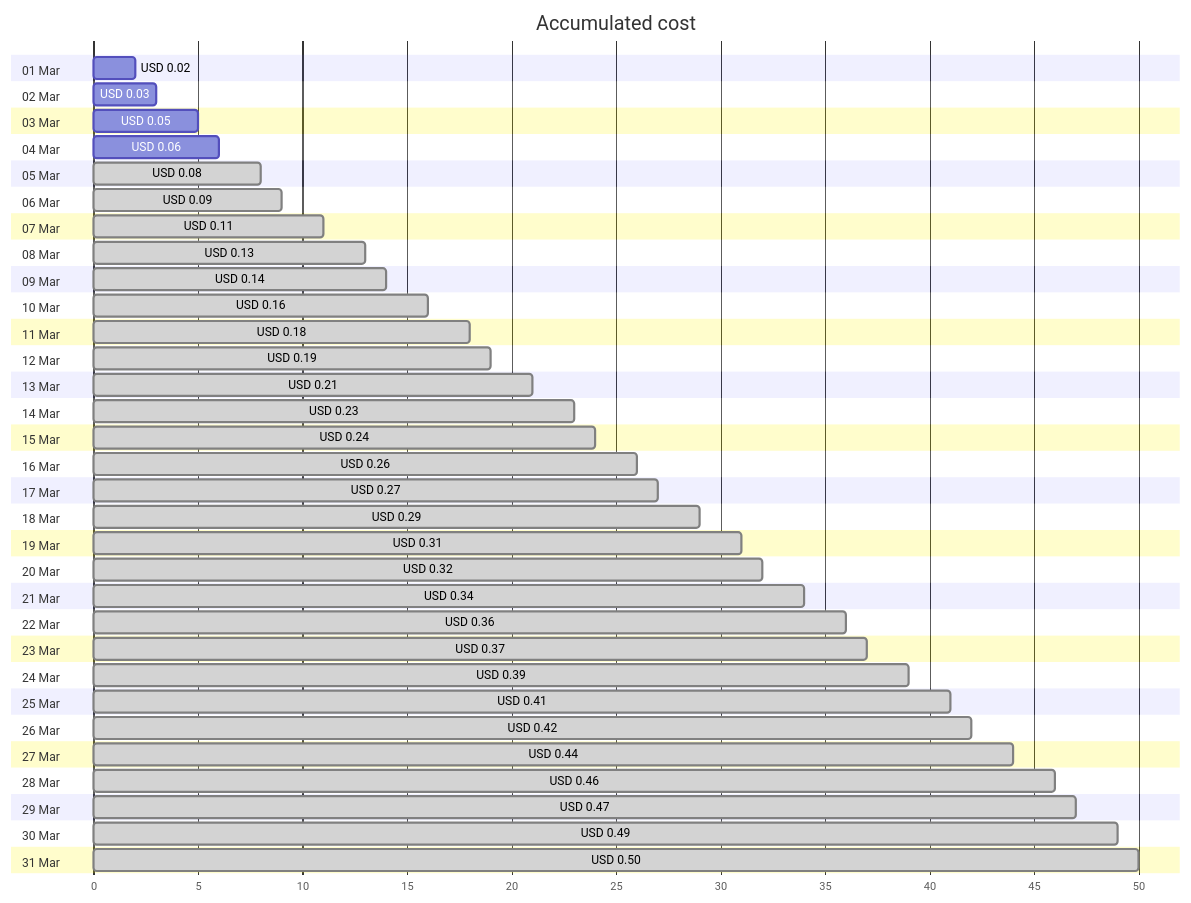
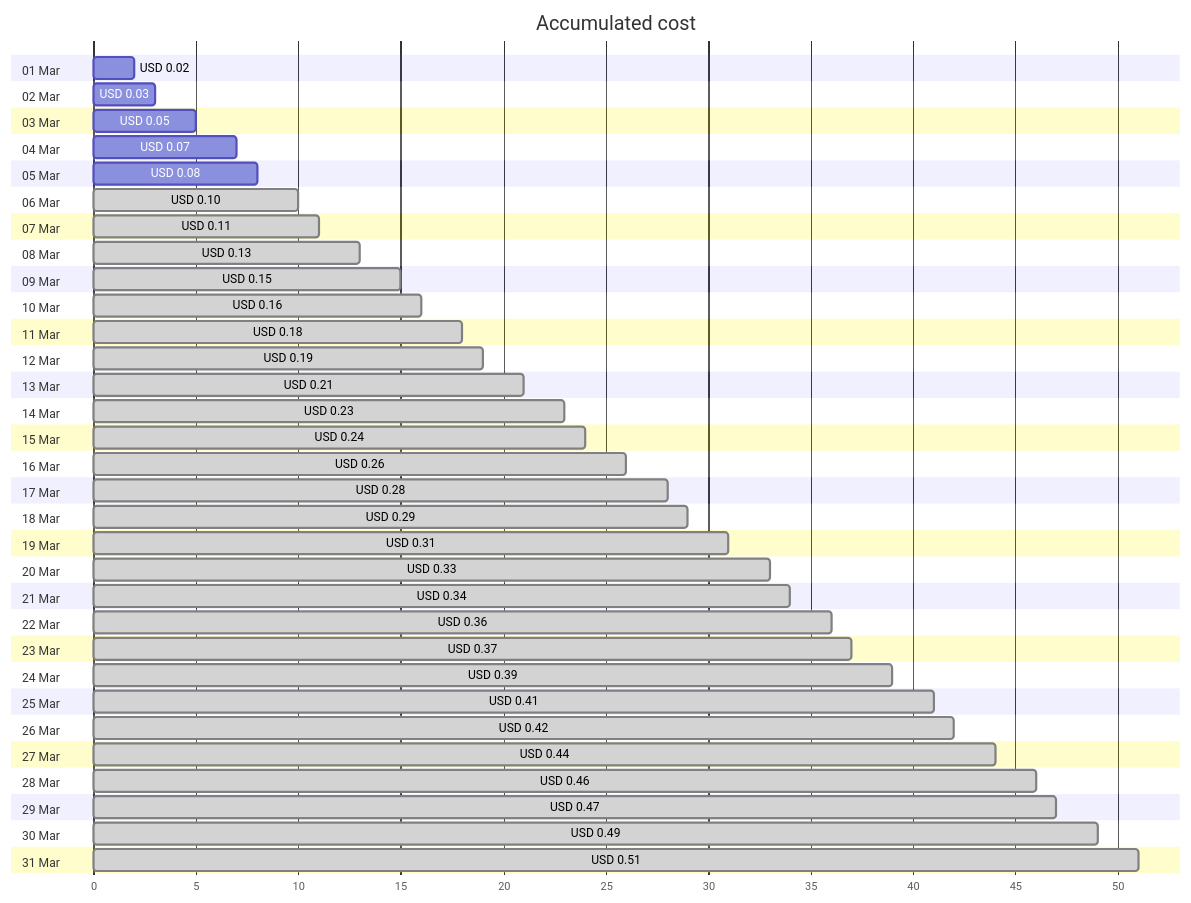
Before and after one commit to jpfulton/azure-personal-reports: the first of 4 diagrams in cost-reports/personal-dns/jpatrickfulton.com.md, drawn with Mermaid. The commit also changed other lines of this file and 2 other files, not shown here.

````diff
--- a/cost-reports/personal-dns/jpatrickfulton.com.md
+++ b/cost-reports/personal-dns/jpatrickfulton.com.md
@@ -20,68 +20,68 @@
 ```mermaid
 gantt
    title Accumulated cost
    dateFormat  X
    axisFormat %s
    section 01 Mar
    USD 0.02 :0, 2
    section 02 Mar
    USD 0.03 :0, 3
    section 03 Mar
    USD 0.05 :0, 5
    section 04 Mar
-   USD 0.06 :0, 6
+   USD 0.07 :0, 7
    section 05 Mar
-   USD 0.08 : done, 0, 8
+   USD 0.08 :0, 8
    section 06 Mar
-   USD 0.09 : done, 0, 9
+   USD 0.10 : done, 0, 10
    section 07 Mar
    USD 0.11 : done, 0, 11
    section 08 Mar
    USD 0.13 : done, 0, 13
    section 09 Mar
-   USD 0.14 : done, 0, 14
+   USD 0.15 : done, 0, 15
    section 10 Mar
    USD 0.16 : done, 0, 16
    section 11 Mar
    USD 0.18 : done, 0, 18
    section 12 Mar
    USD 0.19 : done, 0, 19
    section 13 Mar
    USD 0.21 : done, 0, 21
    section 14 Mar
    USD 0.23 : done, 0, 23
    section 15 Mar
    USD 0.24 : done, 0, 24
    section 16 Mar
    USD 0.26 : done, 0, 26
    section 17 Mar
-   USD 0.27 : done, 0, 27
+   USD 0.28 : done, 0, 28
    section 18 Mar
    USD 0.29 : done, 0, 29
    section 19 Mar
    USD 0.31 : done, 0, 31
    section 20 Mar
-   USD 0.32 : done, 0, 32
+   USD 0.33 : done, 0, 33
    section 21 Mar
    USD 0.34 : done, 0, 34
    section 22 Mar
    USD 0.36 : done, 0, 36
    section 23 Mar
    USD 0.37 : done, 0, 37
    section 24 Mar
    USD 0.39 : done, 0, 39
    section 25 Mar
    USD 0.41 : done, 0, 41
    section 26 Mar
    USD 0.42 : done, 0, 42
    section 27 Mar
    USD 0.44 : done, 0, 44
    section 28 Mar
    USD 0.46 : done, 0, 46
    section 29 Mar
    USD 0.47 : done, 0, 47
    section 30 Mar
    USD 0.49 : done, 0, 49
    section 31 Mar
-   USD 0.50 : done, 0, 50
+   USD 0.51 : done, 0, 51
 ```
````
